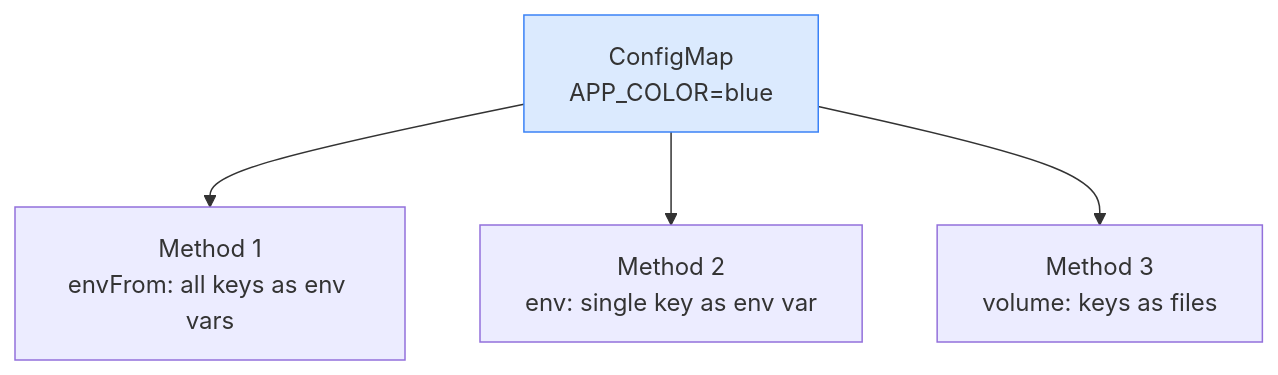
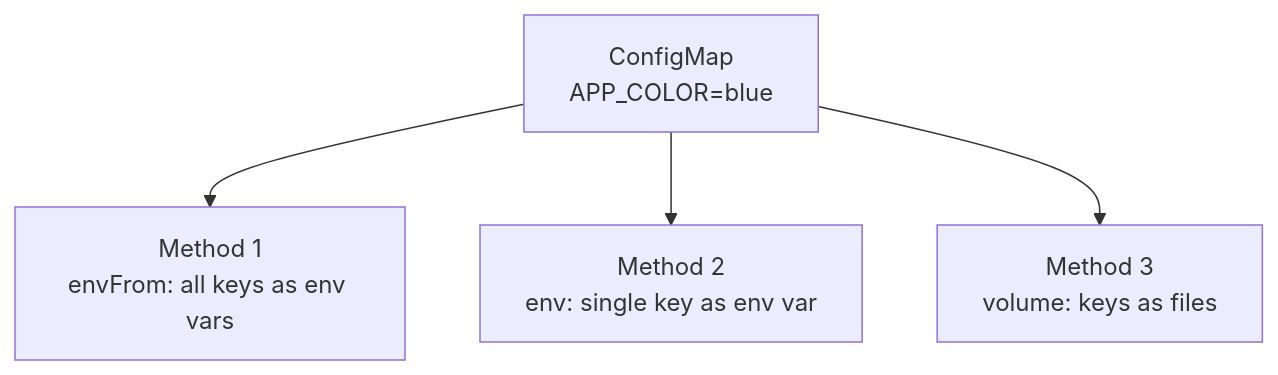
One commit to Gautam4424/k8slearn-content changed the diagram in content/cka/04-application-lifecycle-management/42-configmaps/42-configmaps.md. Above: the diagram before and after it, drawn with Mermaid. The commit also changed 40 other files, not shown here.

Commit message:
chore: fix mermaid style regex

````diff
--- a/content/cka/04-application-lifecycle-management/42-configmaps/42-configmaps.md
+++ b/content/cka/04-application-lifecycle-management/42-configmaps/42-configmaps.md
@@ -59,9 +59,8 @@
 ```mermaid
 flowchart TD
     CM["ConfigMap\nAPP_COLOR=blue"]
     M1["Method 1\nenvFrom: all keys as env vars"]
     M2["Method 2\nenv: single key as env var"]
     M3["Method 3\nvolume: keys as files"]
     CM --> M1 & M2 & M3
-    style CM fill:#dbeafe,stroke:#3b82f6
 ```
````
